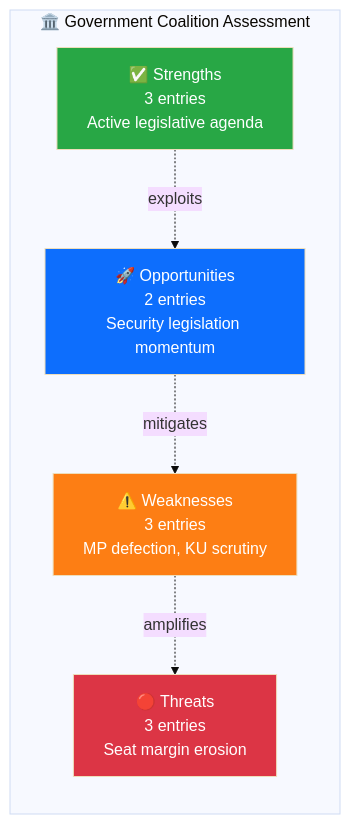
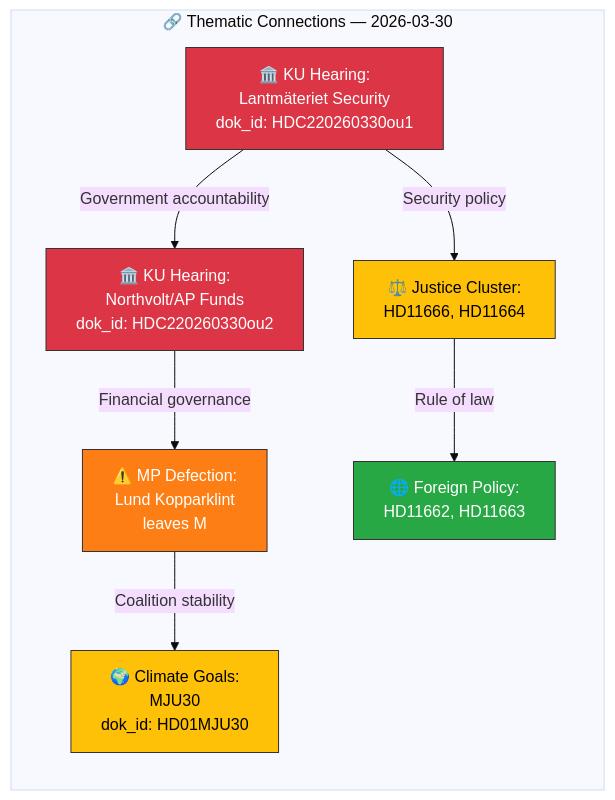
Before and after one commit to Hack23/riksdagsmonitor: the second of 2 diagrams in analysis/daily/2026-03-30/synthesis-summary.md, drawn with Mermaid (base theme). The commit also changed other lines of this file and 29 other files, not shown here.

First line of the commit message:
🔴 Breaking: KU Hearings on Northvolt/Lantmäteriet + M Party Defection - 2026-03-30

````diff
--- a/analysis/daily/2026-03-30/synthesis-summary.md
+++ b/analysis/daily/2026-03-30/synthesis-summary.md
@@ -77,18 +69,24 @@
 ```mermaid
 graph LR
-    subgraph "🏛️ Government Coalition Assessment"
-        GS["✅ Strengths<br/>3 entries<br/>Active legislative agenda"]
-        GW["⚠️ Weaknesses<br/>3 entries<br/>MP defection, KU scrutiny"]
-        GO["🚀 Opportunities<br/>2 entries<br/>Security legislation momentum"]
-        GT["🔴 Threats<br/>3 entries<br/>Seat margin erosion"]
+    subgraph "🔗 Thematic Connections — 2026-03-30"
+        KU1["🏛️ KU Hearing:<br/>Lantmäteriet Security<br/>dok_id: HDC220260330ou1"]
+        KU2["🏛️ KU Hearing:<br/>Northvolt/AP Funds<br/>dok_id: HDC220260330ou2"]
+        DEFECT["⚠️ MP Defection:<br/>Lund Kopparklint<br/>leaves M"]
+        CLIMATE["🌍 Climate Goals:<br/>MJU30<br/>dok_id: HD01MJU30"]
+        JUSTICE["⚖️ Justice Cluster:<br/>HD11666, HD11664"]
+        FOREIGN["🌐 Foreign Policy:<br/>HD11662, HD11663"]
+
+        KU1 -->|"Government accountability"| KU2
+        KU1 -->|"Security policy"| JUSTICE
+        KU2 -->|"Financial governance"| DEFECT
+        DEFECT -->|"Coalition stability"| CLIMATE
+        JUSTICE -->|"Rule of law"| FOREIGN
     end
 
-    GS -.->|"exploits"| GO
-    GW -.->|"amplifies"| GT
-    GO -.->|"mitigates"| GW
-
-    style GS fill:#28a745,color:#fff
-    style GW fill:#fd7e14,color:#fff
-    style GO fill:#0d6efd,color:#fff
-    style GT fill:#dc3545,color:#fff
+    style KU1 fill:#dc3545,stroke:#333,color:#fff
+    style KU2 fill:#dc3545,stroke:#333,color:#fff
+    style DEFECT fill:#fd7e14,stroke:#333,color:#fff
+    style CLIMATE fill:#ffc107,stroke:#333,color:#000
+    style JUSTICE fill:#ffc107,stroke:#333,color:#000
+    style FOREIGN fill:#28a745,stroke:#333,color:#fff
 ```
````
